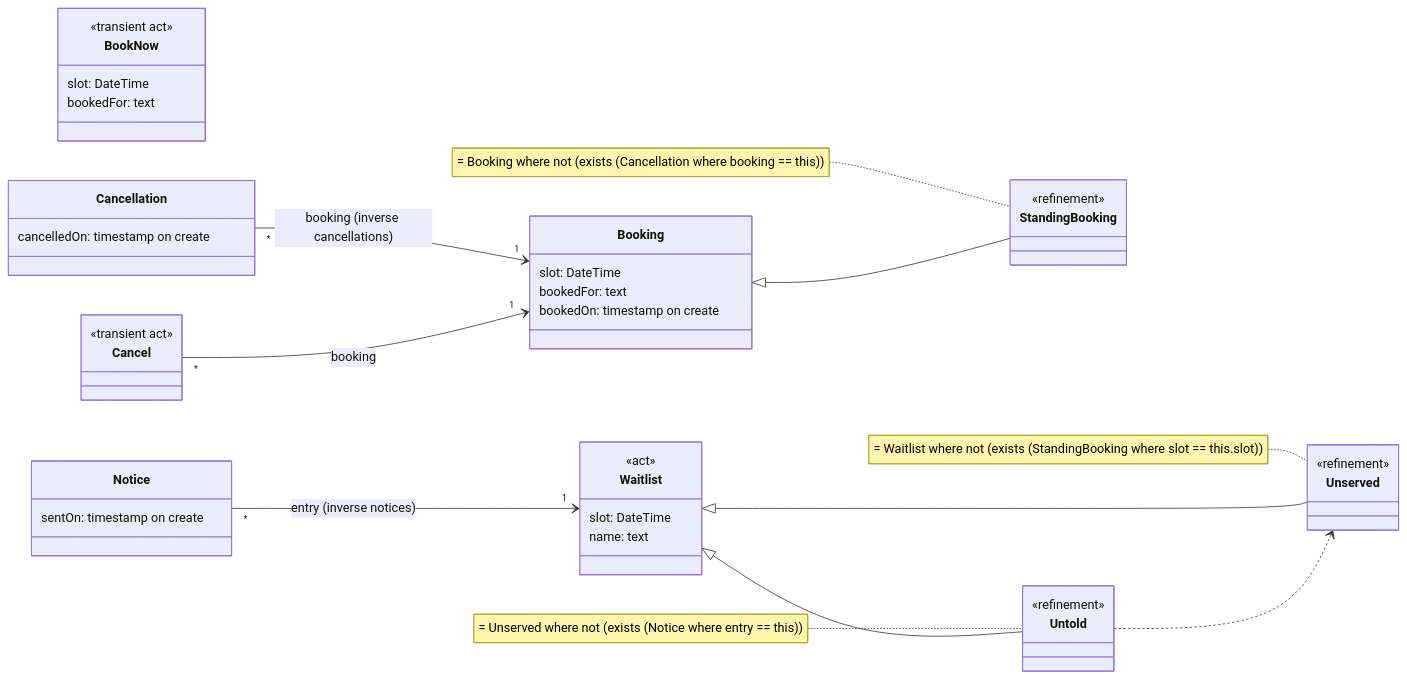
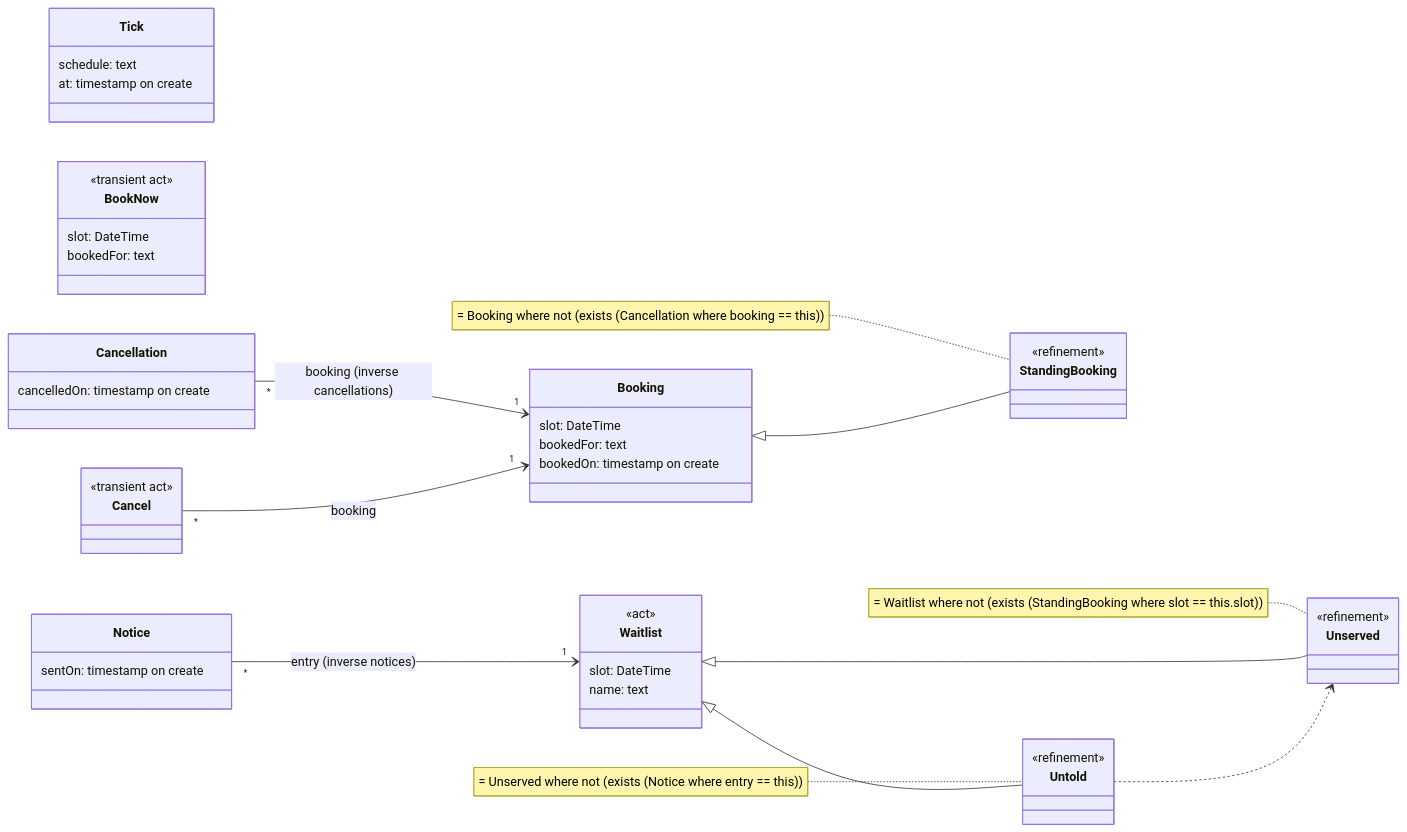
One commit to daveclay/velle changed the first of 7 diagrams in examples/bookings/output/DIAGRAMS-Bookings.md. Above: the diagram before and after it, drawn with Mermaid. The commit also changed 71 other files, not shown here.

````diff
--- a/examples/bookings/output/DIAGRAMS-Bookings.md
+++ b/examples/bookings/output/DIAGRAMS-Bookings.md
@@ -9,47 +9,51 @@
 ```mermaid
 classDiagram
     direction LR
+    class Tick {
+        schedule: text
+        at: timestamp on create
+    }
     class BookNow {
         <<transient act>>
         slot: DateTime
         bookedFor: text
     }
     class Booking {
         slot: DateTime
         bookedFor: text
         bookedOn: timestamp on create
     }
     class Cancellation {
         cancelledOn: timestamp on create
     }
     class Cancel {
         <<transient act>>
     }
     class Waitlist {
         <<act>>
         slot: DateTime
         name: text
     }
     class Notice {
         sentOn: timestamp on create
     }
     Cancellation "*" --> "1" Booking : booking (inverse cancellations)
     Cancel "*" --> "1" Booking : booking
     Notice "*" --> "1" Waitlist : entry (inverse notices)
     class StandingBooking {
         <<refinement>>
     }
     Booking <|-- StandingBooking
     note for StandingBooking "= Booking where not (exists (Cancellation where booking == this))"
     class Unserved {
         <<refinement>>
     }
     Waitlist <|-- Unserved
     note for Unserved "= Waitlist where not (exists (StandingBooking where slot == this.slot))"
     class Untold {
         <<refinement>>
     }
     Waitlist <|-- Untold
     Untold ..> Unserved
     note for Untold "= Unserved where not (exists (Notice where entry == this))"
 ```
````
